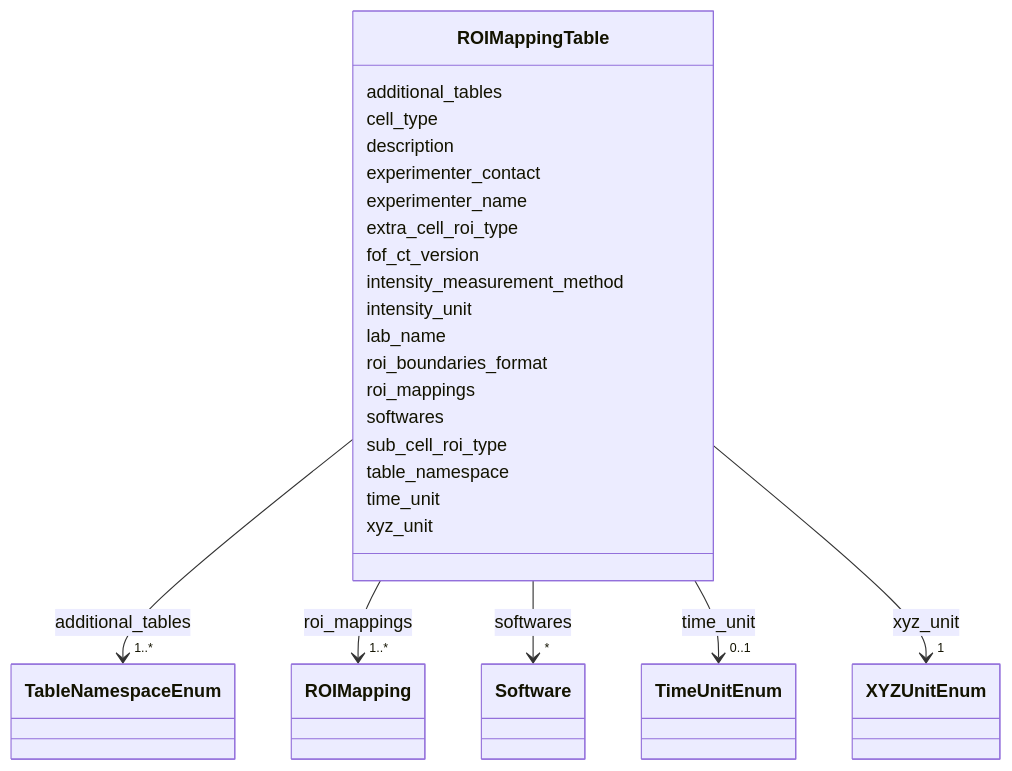
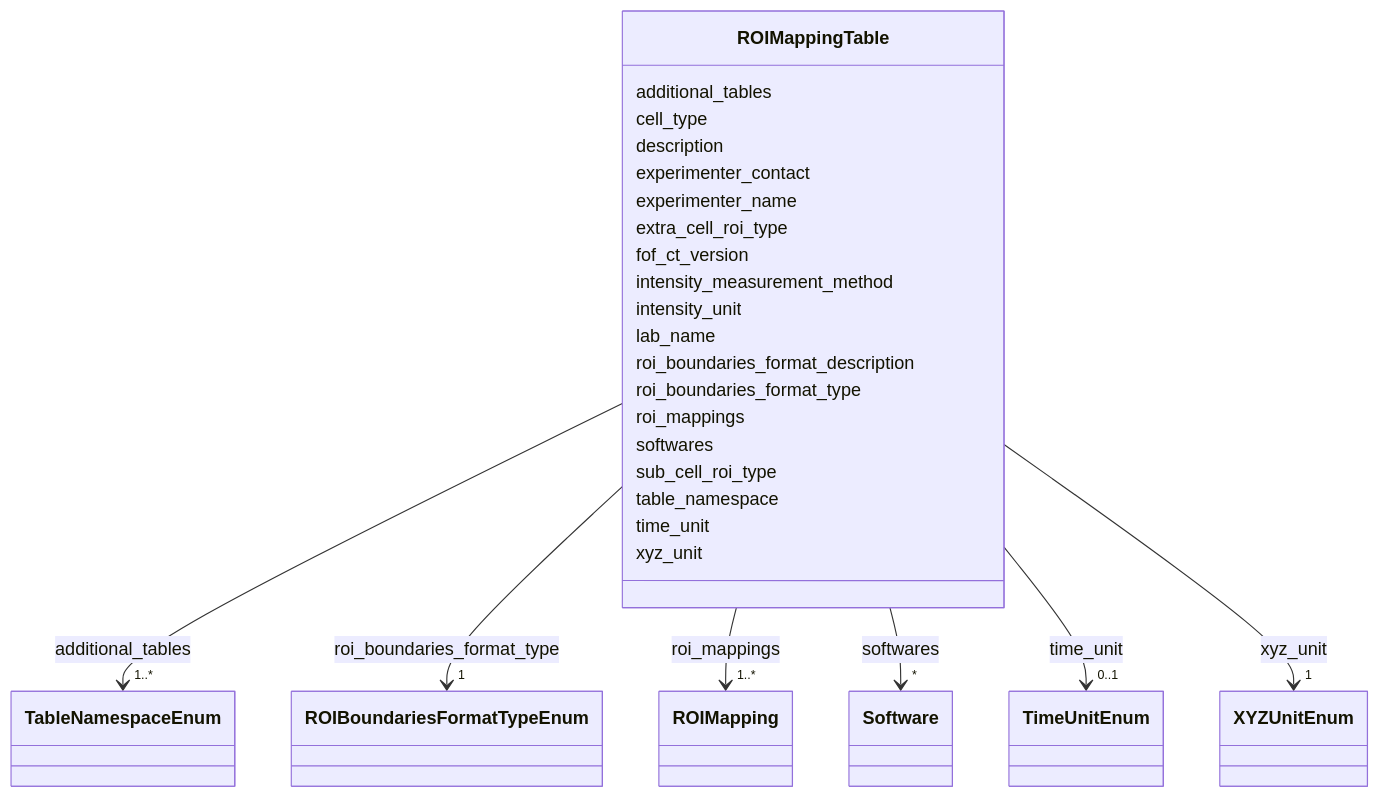
Before and after one commit to strambc/fof-ct-linkml: the diagram in docs/bas/ROIMappingTable.md, drawn with Mermaid. The commit also changed other lines of this file and 187 other files, not shown here.

First line of the commit message:
Align LinkML schema with FOF-CT RTD (review_updates)

```diff
--- a/docs/bas/ROIMappingTable.md
+++ b/docs/bas/ROIMappingTable.md
@@ -53,7 +53,18 @@
         
       ROIMappingTable : lab_name
         
-      ROIMappingTable : roi_boundaries_format
+      ROIMappingTable : roi_boundaries_format_description
+        
+      ROIMappingTable : roi_boundaries_format_type
+        
+          
+    
+        
+        
+        ROIMappingTable --> "1" ROIBoundariesFormatTypeEnum : roi_boundaries_format_type
+        click ROIBoundariesFormatTypeEnum href "../ROIBoundariesFormatTypeEnum/"
+    
+
         
       ROIMappingTable : roi_mappings
         
```
